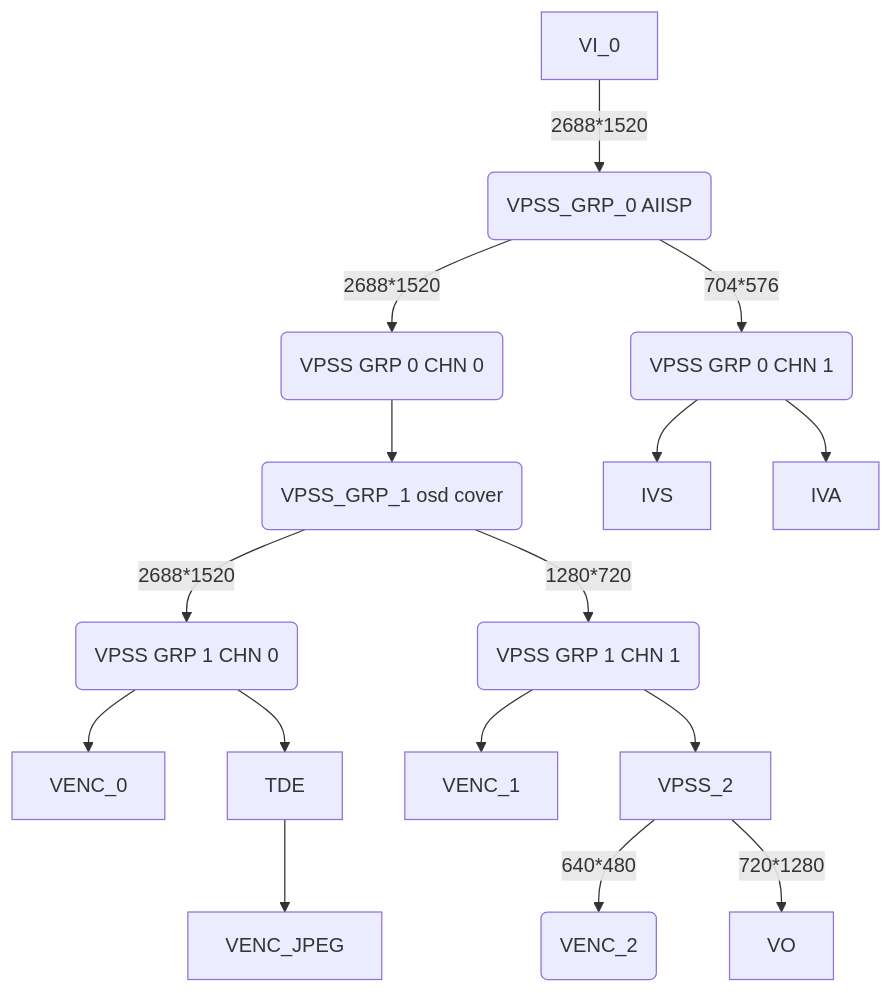
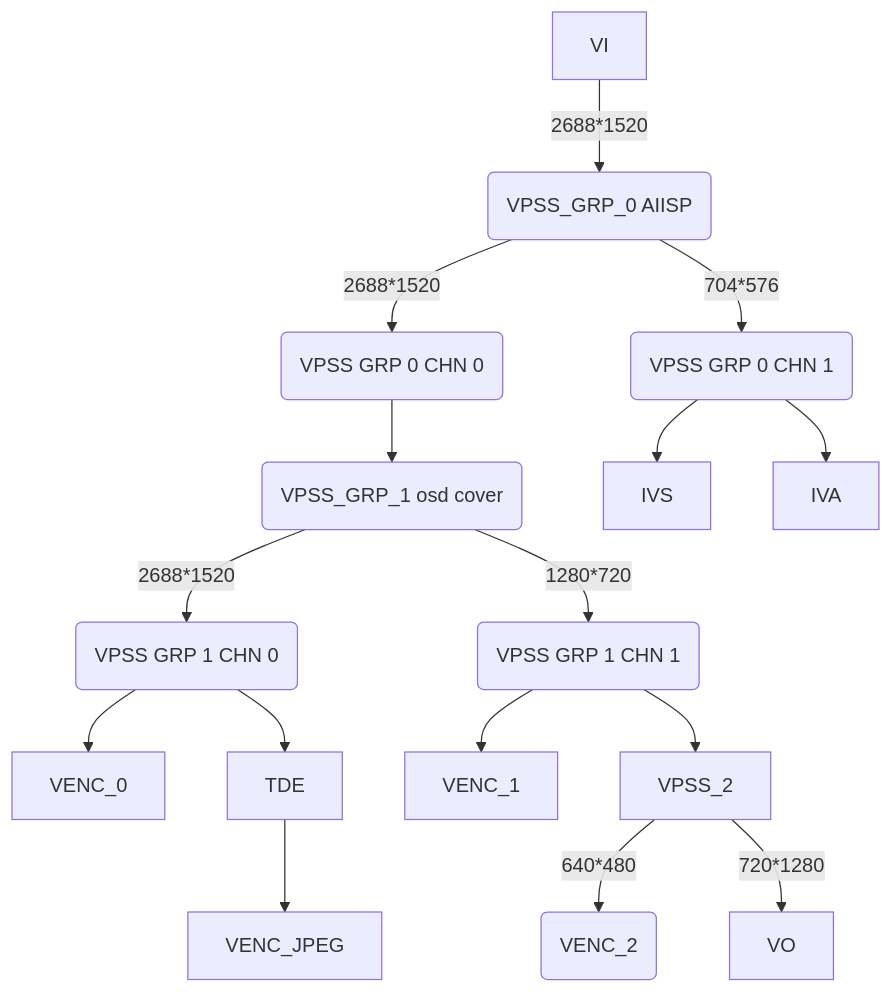
Before and after one commit to khadas/app_rkipc: diagram 14 of 14 in docs/Rockchip_Developer_Guide_Linux_RKIPC_CN.md, drawn with Mermaid. The commit also changed other lines of this file and 3 other files, not shown here.

````diff
--- a/docs/Rockchip_Developer_Guide_Linux_RKIPC_CN.md
+++ b/docs/Rockchip_Developer_Guide_Linux_RKIPC_CN.md
@@ -281,21 +302,21 @@
 ```mermaid
 graph TB
-	VI_0--2688*1520-->VPSS_0(VPSS_GRP_0 AIISP)
+	VI--2688*1520-->VPSS_0(VPSS_GRP_0 AIISP)
 	VPSS_0--2688*1520-->VPSS_0_0(VPSS GRP 0 CHN 0)
 	VPSS_0--704*576-->VPSS_0_1(VPSS GRP 0 CHN 1)
 
 	VPSS_0_0-->VPSS_1(VPSS_GRP_1 osd cover)
 	VPSS_0_1-->IVS
 	VPSS_0_1-->IVA
 
 	VPSS_1--2688*1520-->VPSS_1_0(VPSS GRP 1 CHN 0)
 	VPSS_1--1280*720-->VPSS_1_1(VPSS GRP 1 CHN 1)
 
 	VPSS_1_0-->VENC_0
 	VPSS_1_0-->TDE-->VENC_JPEG
 	VPSS_1_1-->VENC_1
 	VPSS_1_1-->VPSS_2
 
 	VPSS_2--640*480-->VENC_2(VENC_2)
 	VPSS_2--720*1280-->VO
 ```
````
